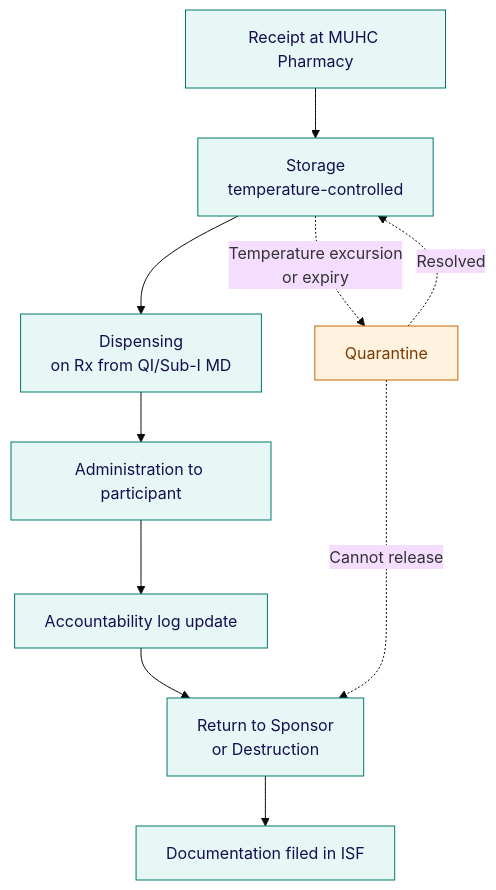
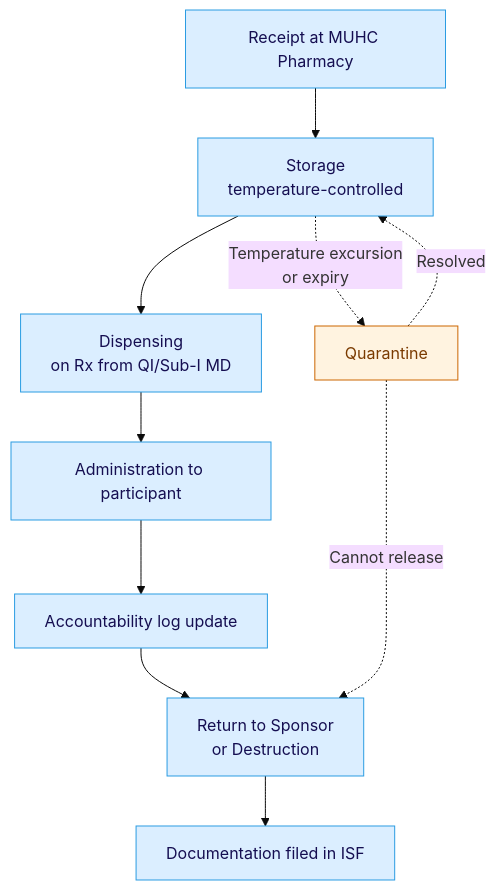
Before and after one commit to matthewfiorentino/docs: the diagram in kb/investigational-products.mdx, drawn with Mermaid (base theme). The commit also changed 36 other files, not shown here.

````diff
--- a/kb/investigational-products.mdx
+++ b/kb/investigational-products.mdx
@@ -50,20 +50,20 @@
 ```mermaid
 flowchart TD
     A[Receipt at MUHC Pharmacy] --> B[Storage<br/>temperature-controlled]
     B --> C[Dispensing<br/>on Rx from QI/Sub-I MD]
     C --> D[Administration to participant]
     D --> E[Accountability log update]
     E --> F[Return to Sponsor<br/>or Destruction]
     F --> G[Documentation filed in ISF]
     B -.->|Temperature excursion<br/>or expiry| Q[Quarantine]
     Q -.->|Resolved| B
     Q -.->|Cannot release| F
-    style A fill:#e6f7f5,stroke:#007a6e,color:#150e51
-    style B fill:#e6f7f5,stroke:#007a6e,color:#150e51
-    style C fill:#e6f7f5,stroke:#007a6e,color:#150e51
-    style D fill:#e6f7f5,stroke:#007a6e,color:#150e51
-    style E fill:#e6f7f5,stroke:#007a6e,color:#150e51
-    style F fill:#e6f7f5,stroke:#007a6e,color:#150e51
-    style G fill:#e6f7f5,stroke:#007a6e,color:#150e51
+    style A fill:#dbeeff,stroke:#2b9ce2,color:#150e51
+    style B fill:#dbeeff,stroke:#2b9ce2,color:#150e51
+    style C fill:#dbeeff,stroke:#2b9ce2,color:#150e51
+    style D fill:#dbeeff,stroke:#2b9ce2,color:#150e51
+    style E fill:#dbeeff,stroke:#2b9ce2,color:#150e51
+    style F fill:#dbeeff,stroke:#2b9ce2,color:#150e51
+    style G fill:#dbeeff,stroke:#2b9ce2,color:#150e51
     style Q fill:#fff3e0,stroke:#cc6600,color:#7a3a00
 ```
````
